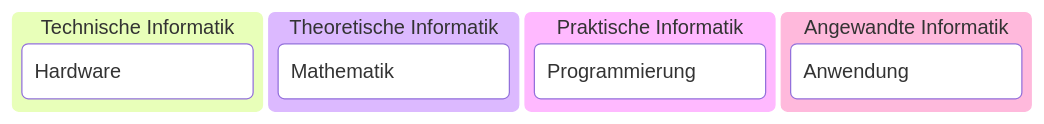
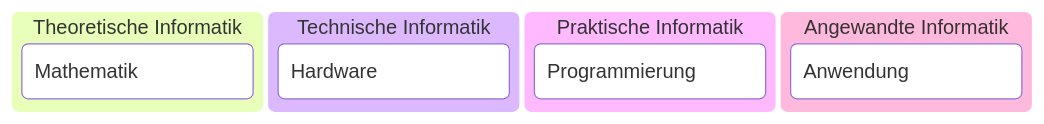
One commit to stefanmaeder/assembler changed the diagram in slides/01_einordnung.md. Above: the diagram before and after it, drawn with Mermaid. The commit also changed other lines of this file, not shown here.

````diff
--- a/slides/01_einordnung.md
+++ b/slides/01_einordnung.md
@@ -1,11 +1,11 @@
 ```mermaid
 kanban
+  id2[Theoretische Informatik]
+    id21[Mathematik]
   id1[Technische Informatik]
     id11[Hardware]
-  id2[Theoretische Informatik]
-    id21[Mathematik]
   id3[Praktische Informatik]
     id31[Programmierung]
   id4[Angewandte Informatik]
     id41[Anwendung]
 ```
````
